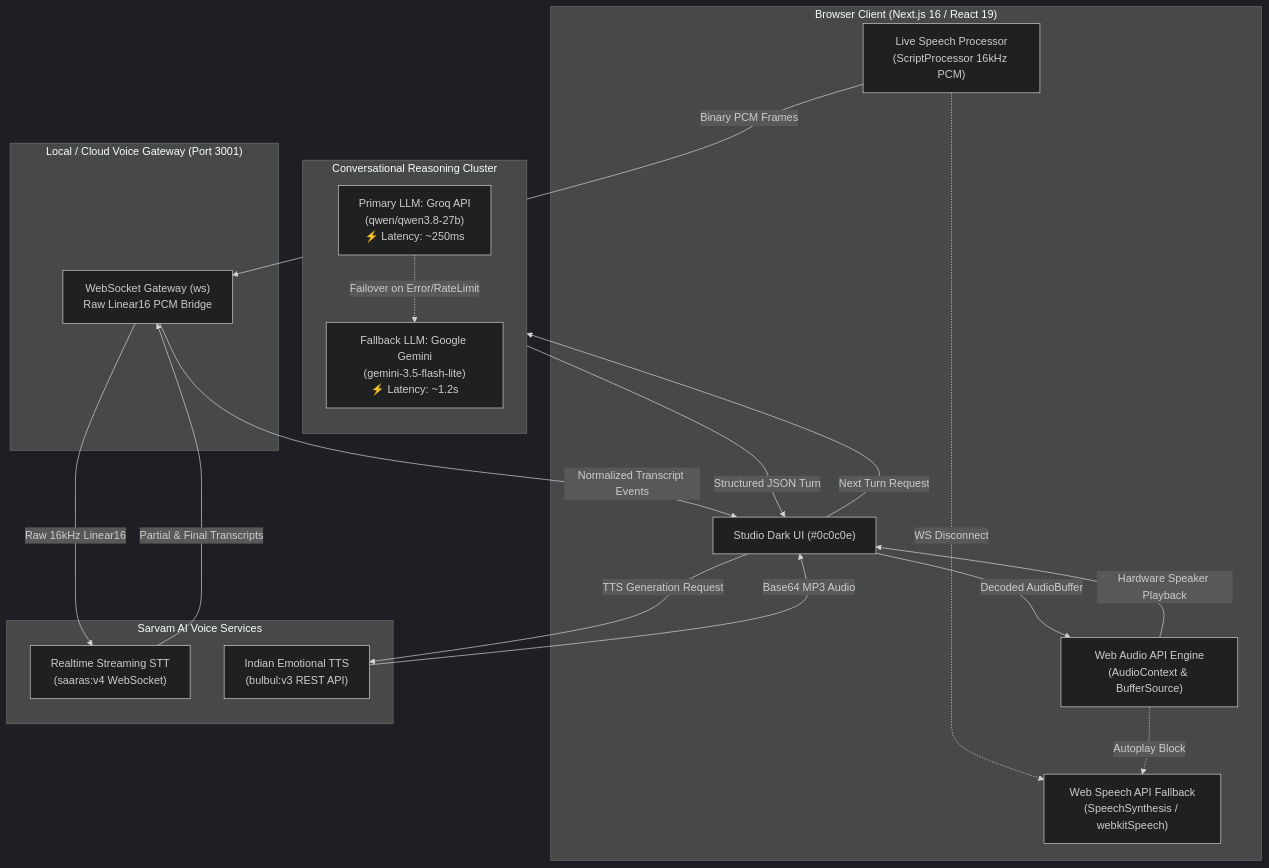
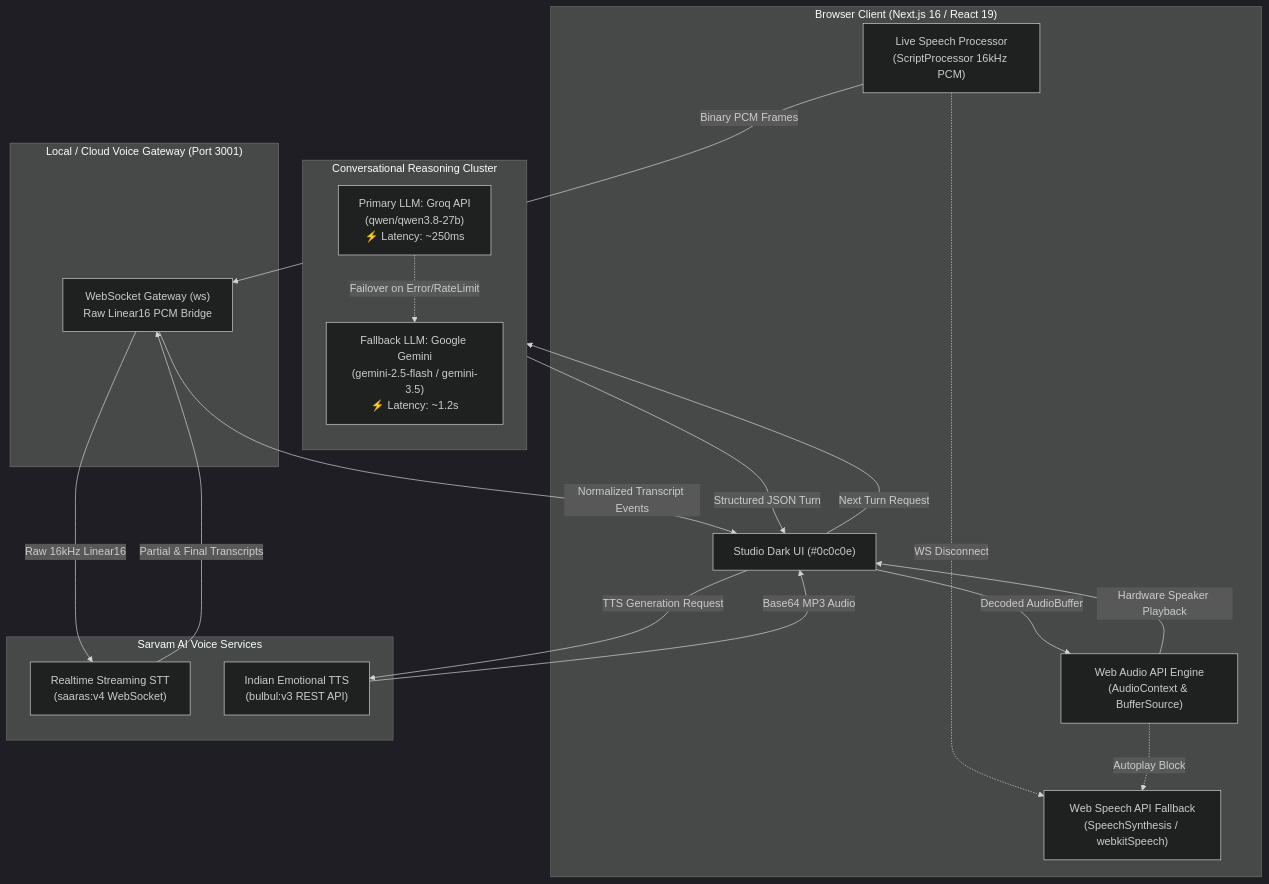
One commit to at9501264-stack/Azisly.ai changed the first of 2 diagrams in README.md. Above: the diagram before and after it, drawn with Mermaid (dark theme). The commit also changed other lines of this file and 6 other files, not shown here.

Commit message:
docs: revamp master README with pristine high-res assets, model architecture breakdown, and animated walkthrough

````diff
--- a/README.md
+++ b/README.md
@@ -64,45 +80,45 @@
 ```mermaid
 flowchart TB
     subgraph Client["Browser Client (Next.js 16 / React 19)"]
         UI["Studio Dark UI (#0c0c0e)"]
         WebAudioEngine["Web Audio API Engine\n(AudioContext & BufferSource)"]
         VAD["Live Speech Processor\n(ScriptProcessor 16kHz PCM)"]
         WebSpeechFallback["Web Speech API Fallback\n(SpeechSynthesis / webkitSpeech)"]
     end
 
     subgraph Gateway["Local / Cloud Voice Gateway (Port 3001)"]
         WSGateway["WebSocket Gateway (ws)\nRaw Linear16 PCM Bridge"]
     end
 
     subgraph LLMCluster["Conversational Reasoning Cluster"]
         direction TB
         Groq["Primary LLM: Groq API\n(qwen/qwen3.8-27b)\n⚡ Latency: ~250ms"]
-        Gemini["Fallback LLM: Google Gemini\n(gemini-3.5-flash-lite)\n⚡ Latency: ~1.2s"]
+        Gemini["Fallback LLM: Google Gemini\n(gemini-2.5-flash / gemini-3.5)\n⚡ Latency: ~1.2s"]
     end
 
     subgraph SpeechServices["Sarvam AI Voice Services"]
         SarvamSTT["Realtime Streaming STT\n(saaras:v4 WebSocket)"]
         SarvamTTS["Indian Emotional TTS\n(bulbul:v3 REST API)"]
     end
 
     %% Audio In
     VAD -->|Binary PCM Frames| WSGateway
     WSGateway -->|Raw 16kHz Linear16| SarvamSTT
     SarvamSTT -->|Partial & Final Transcripts| WSGateway
     WSGateway -->|Normalized Transcript Events| UI
 
     %% Turn Execution
     UI -->|Next Turn Request| Groq
     Groq -.->|Failover on Error/RateLimit| Gemini
     Groq -->|Structured JSON Turn| UI
 
     %% Audio Out
     UI -->|TTS Generation Request| SarvamTTS
     SarvamTTS -->|Base64 MP3 Audio| UI
     UI -->|Decoded AudioBuffer| WebAudioEngine
     WebAudioEngine -->|Hardware Speaker Playback| UI
     
     %% Fallbacks
     VAD -.->|WS Disconnect| WebSpeechFallback
     WebAudioEngine -.->|Autoplay Block| WebSpeechFallback
 ```
````
